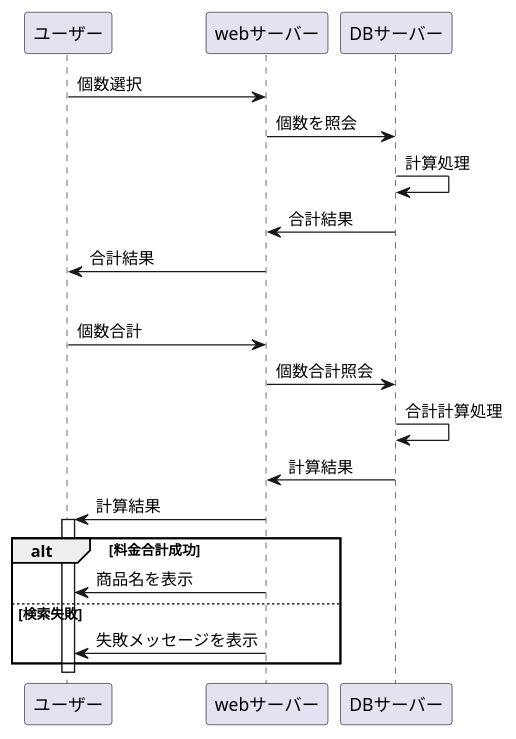
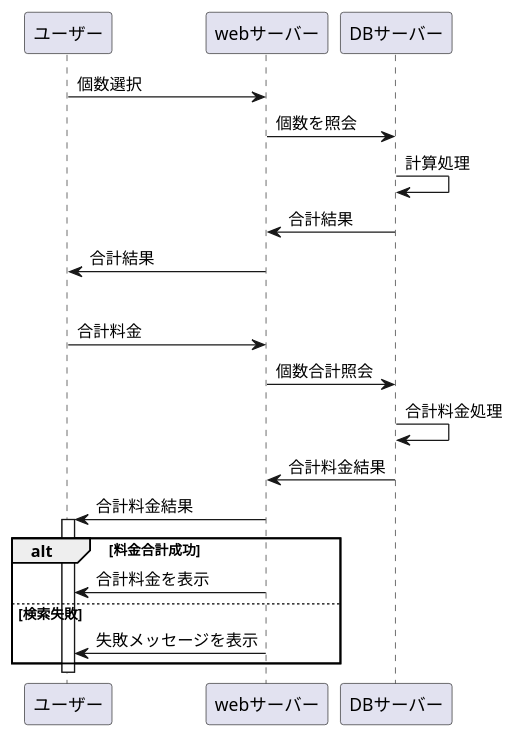
One commit to Aso2001397/2021sys-design changed the third of 3 diagrams in 2001397.md. Above: the diagram before and after it, drawn with PlantUML.

````diff
--- a/2001397.md
+++ b/2001397.md
@@ -42,27 +42,27 @@
 ```uml
 @startuml 
 ユーザー -> webサーバー : 個数選択
 webサーバー -> DBサーバー : 個数を照会
 DBサーバー -> DBサーバー : 計算処理
 DBサーバー -> webサーバー : 合計結果
 webサーバー -> ユーザー : 合計結果
 
 opt 合計計算
-ユーザー -> webサーバー : 個数合計
+ユーザー -> webサーバー : 合計料金
 webサーバー -> DBサーバー : 個数合計照会
-DBサーバー -> DBサーバー : 合計計算処理
-DBサーバー -> webサーバー : 計算結果
-webサーバー -> ユーザー : 計算結果
+DBサーバー -> DBサーバー : 合計料金処理
+DBサーバー -> webサーバー : 合計料金結果
+webサーバー -> ユーザー : 合計料金結果
 
 
 activate ユーザー
 
 alt 料金合計成功
-webサーバー -> ユーザー : 商品名を表示
+webサーバー -> ユーザー : 合計料金を表示
 else 検索失敗
 webサーバー -> ユーザー : 失敗メッセージを表示
 end
 
 deactivate ユーザー
 @enduml
 ```
````
